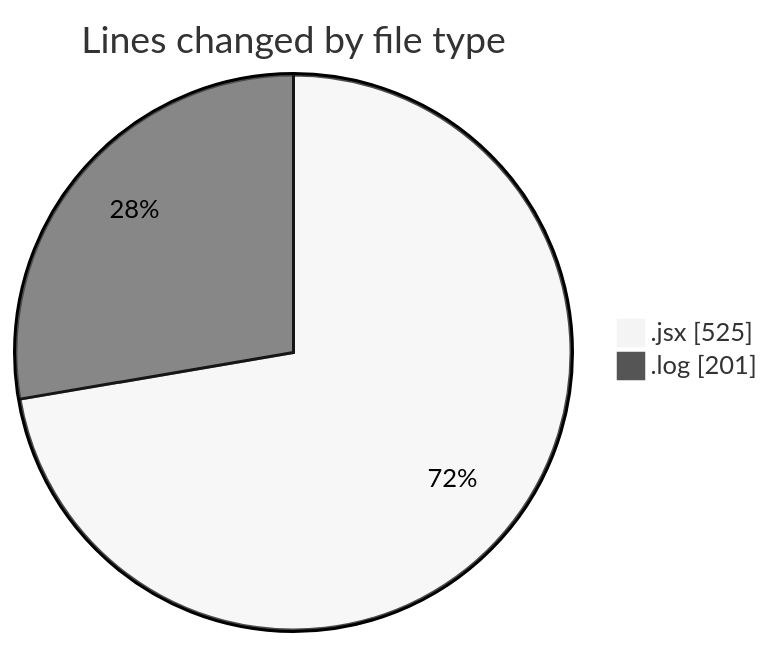
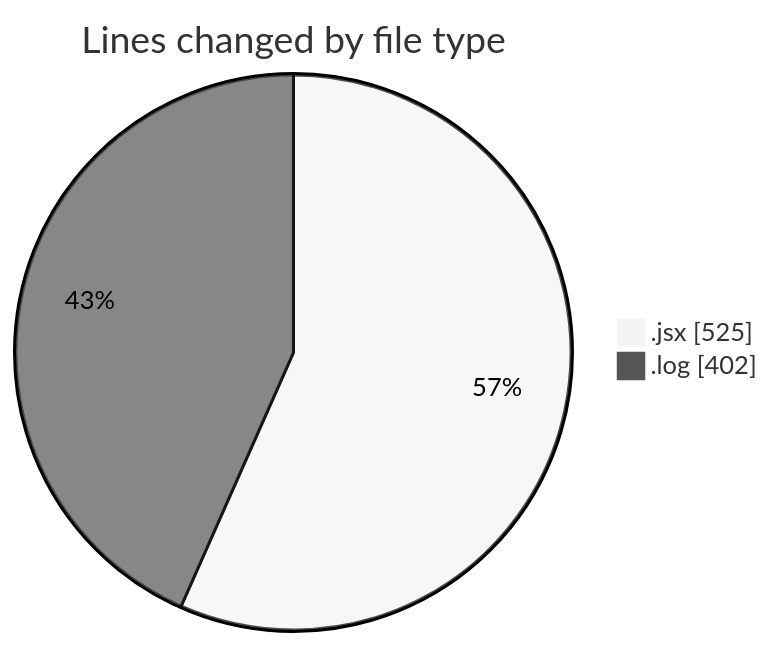
Before and after one commit to nxtqubesakshisongat/code-tracking: the first of 2 diagrams in 2025-05-02/nxtqube_webapp/README.md, drawn with Mermaid (neutral theme). The commit also changed other lines of this file and 1 other file, not shown here.

````diff
--- a/2025-05-02/nxtqube_webapp/README.md
+++ b/2025-05-02/nxtqube_webapp/README.md
@@ -21,6 +22,6 @@
 ```mermaid
 pie showData
 title Lines changed by file type
 ".jsx" : 525
-".log" : 201
+".log" : 402
 ```
````
